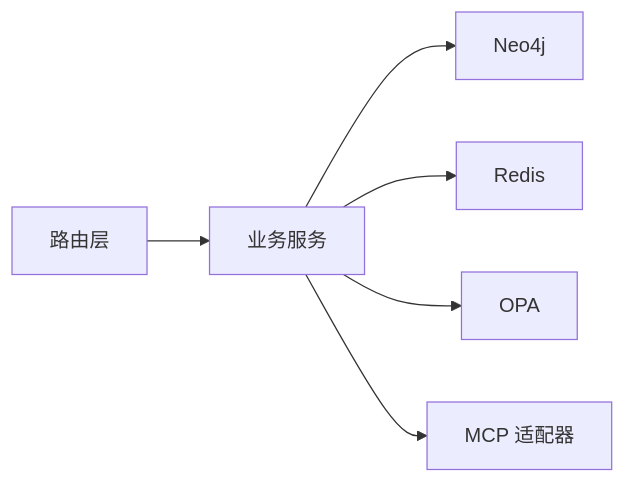
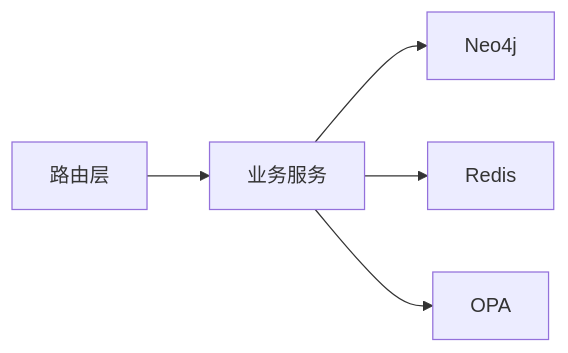
One commit to inier/ontology-graphiti changed the fifth of 5 diagrams in .qoder/repowiki/zh/content/测试策略/集成测试.md. Above: the diagram before and after it, drawn with Mermaid. The commit also changed other lines of this file and 8 other files, not shown here.

````diff
--- a/.qoder/repowiki/zh/content/测试策略/集成测试.md
+++ b/.qoder/repowiki/zh/content/测试策略/集成测试.md
@@ -303,8 +288,7 @@
 ```mermaid
 graph LR
 Routes["路由层"] --> Services["业务服务"]
 Services --> Neo4j["Neo4j"]
 Services --> Redis["Redis"]
 Services --> OPA["OPA"]
-Services --> MCP["MCP 适配器"]
 ```
````
